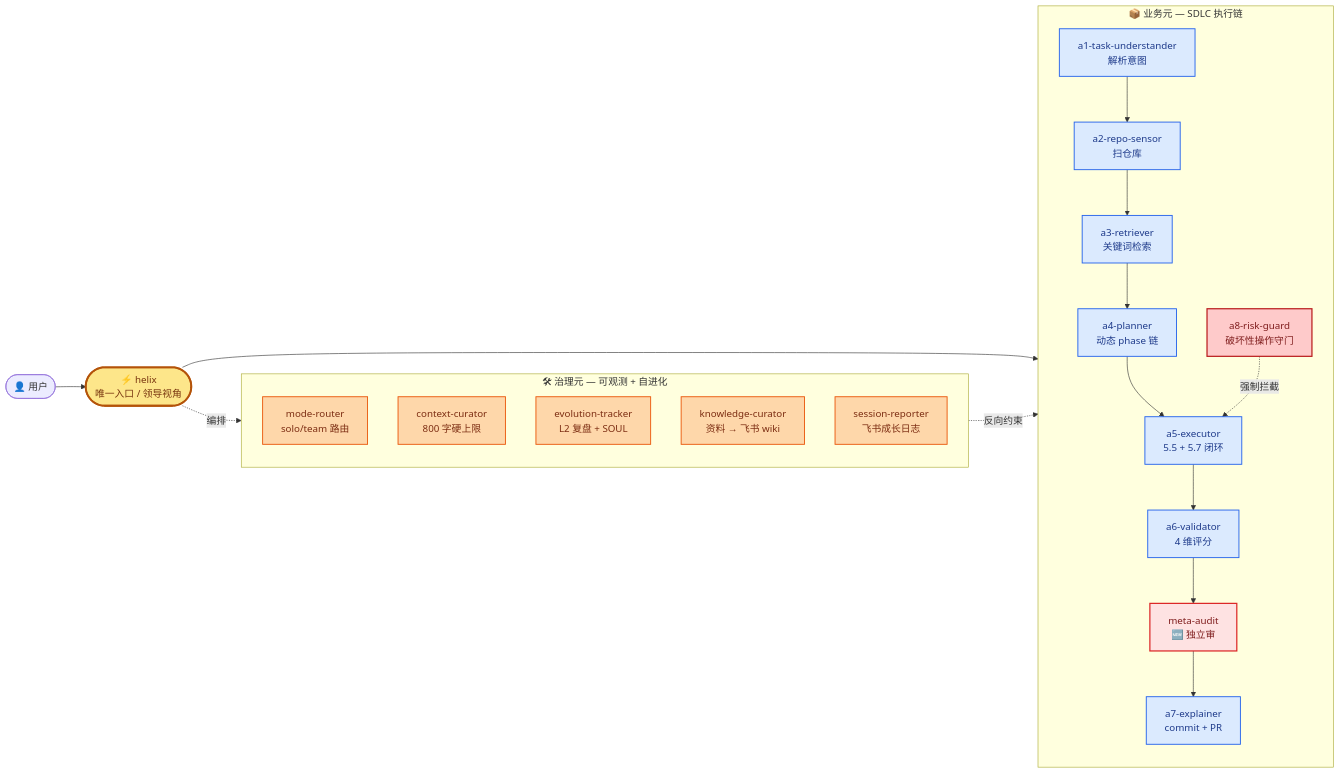
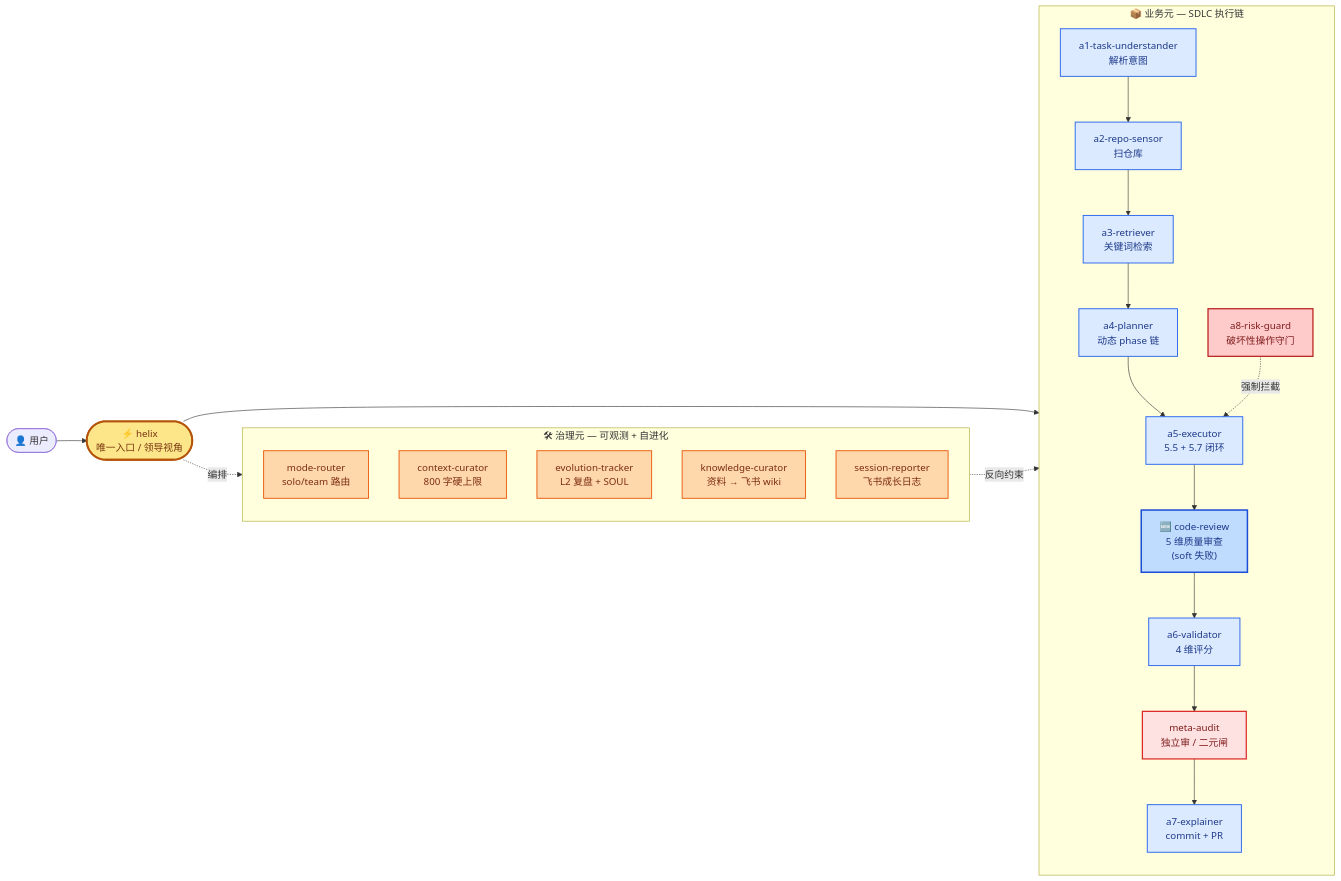
Before and after one commit to Alex-nx-netizen/Alex-harness: the third of 6 diagrams in README.md, drawn with Mermaid. The commit also changed other lines of this file and 7 other files, not shown here.

First line of the commit message:
feat(v0.7.2): code-review quality phase — 5-dim scoring with soft-fail semantics

````diff
--- a/README.md
+++ b/README.md
@@ -123,40 +136,42 @@
 ```mermaid
 flowchart LR
     classDef entry fill:#fde68a,stroke:#b45309,stroke-width:3px,color:#78350f
     classDef sdlc fill:#dbeafe,stroke:#2563eb,stroke-width:1.5px,color:#1e3a8a
+    classDef review fill:#bfdbfe,stroke:#1d4ed8,stroke-width:2.5px,color:#1e3a8a
     classDef audit fill:#fee2e2,stroke:#dc2626,stroke-width:2px,color:#7f1d1d
     classDef gov fill:#fed7aa,stroke:#ea580c,stroke-width:1.5px,color:#7c2d12
     classDef guard fill:#fecaca,stroke:#b91c1c,stroke-width:2px,color:#7f1d1d
 
     USER([👤 用户]) --> HELIX
     HELIX(["⚡ helix<br/>唯一入口 / 领导视角"]):::entry
 
     subgraph BIZ["📦 业务元 — SDLC 执行链"]
         direction TB
         A1["a1-task-understander<br/>解析意图"]:::sdlc
         A2["a2-repo-sensor<br/>扫仓库"]:::sdlc
         A3["a3-retriever<br/>关键词检索"]:::sdlc
         A4["a4-planner<br/>动态 phase 链"]:::sdlc
         A5["a5-executor<br/>5.5 + 5.7 闭环"]:::sdlc
+        CR["🆕 code-review<br/>5 维质量审查<br/>(soft 失败)"]:::review
         A6["a6-validator<br/>4 维评分"]:::sdlc
-        META["meta-audit<br/>🆕 独立审"]:::audit
+        META["meta-audit<br/>独立审 / 二元闸"]:::audit
         A7["a7-explainer<br/>commit + PR"]:::sdlc
         A8["a8-risk-guard<br/>破坏性操作守门"]:::guard
 
-        A1 --> A2 --> A3 --> A4 --> A5 --> A6 --> META --> A7
+        A1 --> A2 --> A3 --> A4 --> A5 --> CR --> A6 --> META --> A7
         A8 -.强制拦截.-> A5
     end
 
     subgraph GOV["🛠 治理元 — 可观测 + 自进化"]
         direction TB
         MR["mode-router<br/>solo/team 路由"]:::gov
         CC["context-curator<br/>800 字硬上限"]:::gov
         ET["evolution-tracker<br/>L2 复盘 + SOUL"]:::gov
         KC["knowledge-curator<br/>资料 → 飞书 wiki"]:::gov
         SR["session-reporter<br/>飞书成长日志"]:::gov
     end
 
     HELIX --> BIZ
     HELIX -.编排.-> GOV
     GOV -.反向约束.-> BIZ
 ```
````
